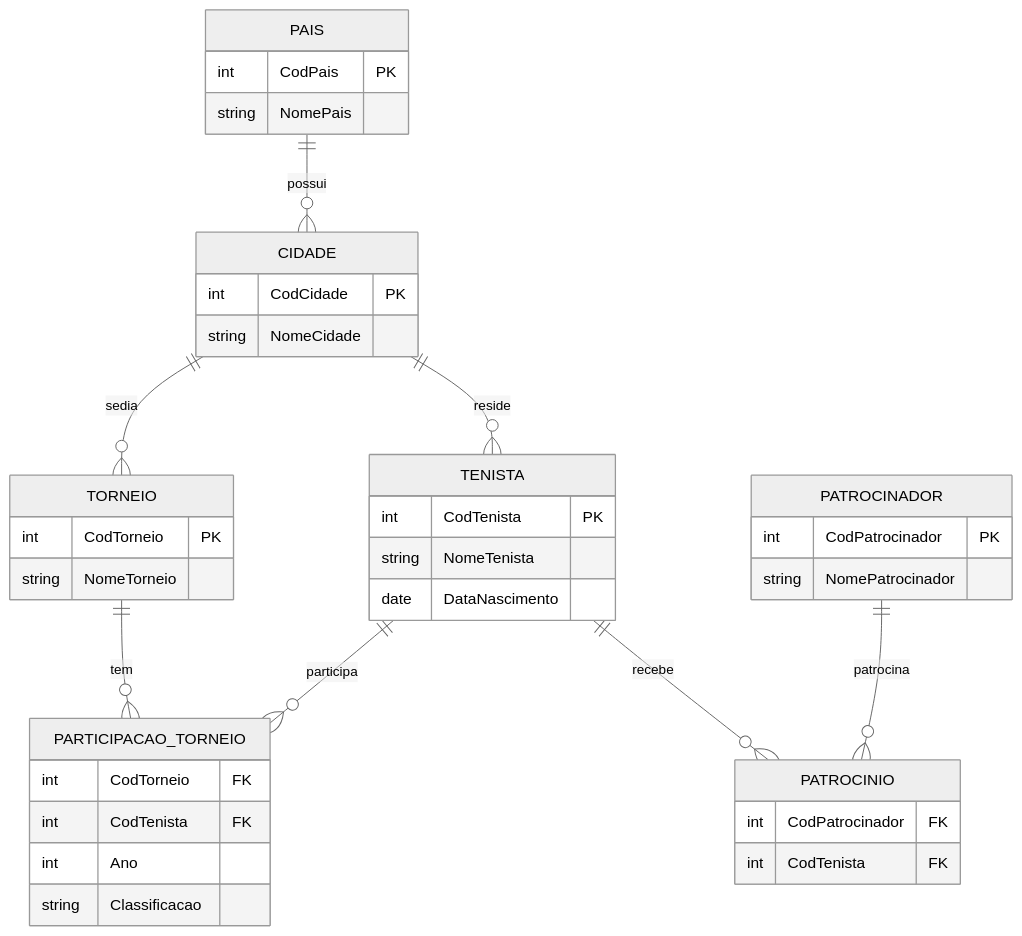
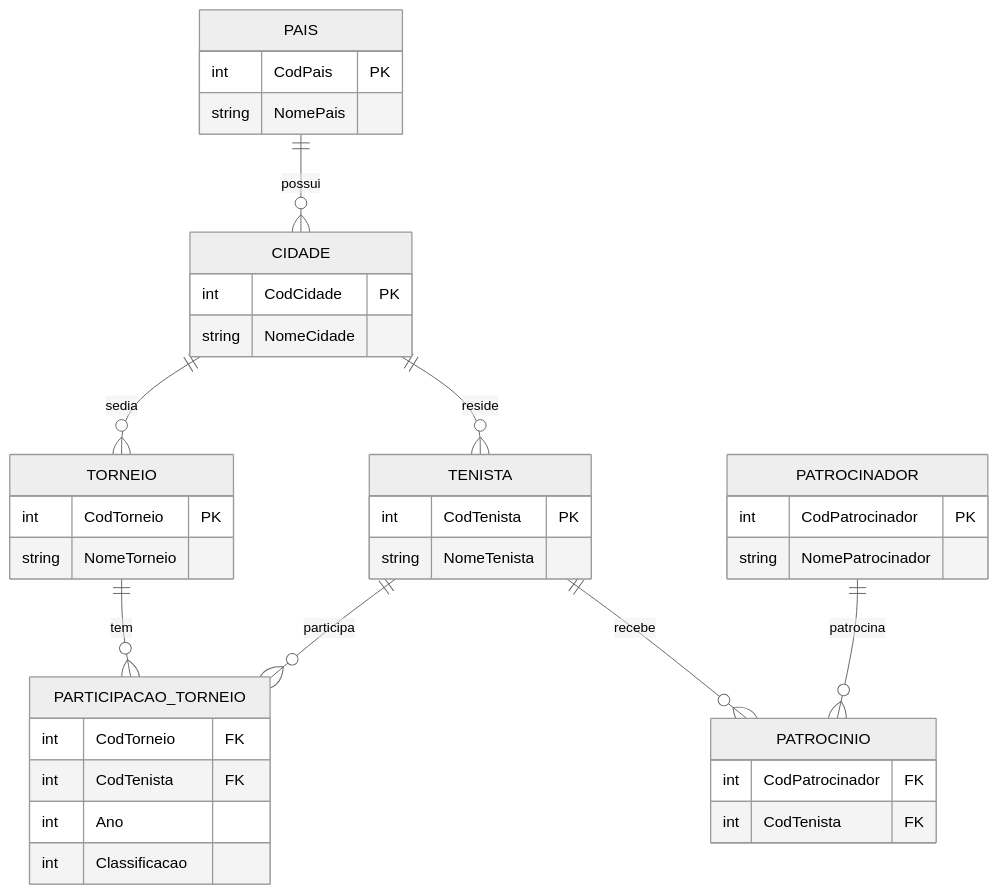
The diagram in README.md (BrunoValcarenghi/CPBAD101-Banco-de-Dados-Torneios-de-Tenis), drawn with Mermaid (neutral theme) before and after one commit. The commit also changed other lines of this file, not shown here.

````diff
--- a/README.md
+++ b/README.md
@@ -23,53 +23,52 @@
 ```mermaid
 erDiagram
     PAIS {
         int CodPais PK
         string NomePais
     }
 
     CIDADE {
         int CodCidade PK
         string NomeCidade
     }
 
     TORNEIO {
         int CodTorneio PK
         string NomeTorneio
     }
 
     TENISTA {
         int CodTenista PK
         string NomeTenista
-        date DataNascimento
     }
 
     PATROCINADOR {
         int CodPatrocinador PK
         string NomePatrocinador
     }
 
     %% Tabela Intermediária (Torneio <-> Tenista)
     PARTICIPACAO_TORNEIO {
         int CodTorneio FK
         int CodTenista FK
         int Ano
-        string Classificacao
+        int Classificacao
     }
 
     %% Tabela Intermediária (Patrocinador <-> Tenista)
     PATROCINIO {
         int CodPatrocinador FK
         int CodTenista FK
     }
 
     %% Relacionamentos com cardinalidades corretas no padrão Crow's Foot
     PAIS ||--o{ CIDADE : "possui"
     CIDADE ||--o{ TORNEIO : "sedia"
     CIDADE ||--o{ TENISTA : "reside"
 
     TORNEIO ||--o{ PARTICIPACAO_TORNEIO : "tem"
     TENISTA ||--o{ PARTICIPACAO_TORNEIO : "participa"
 
     PATROCINADOR ||--o{ PATROCINIO : "patrocina"
     TENISTA ||--o{ PATROCINIO : "recebe"
 ```
````
